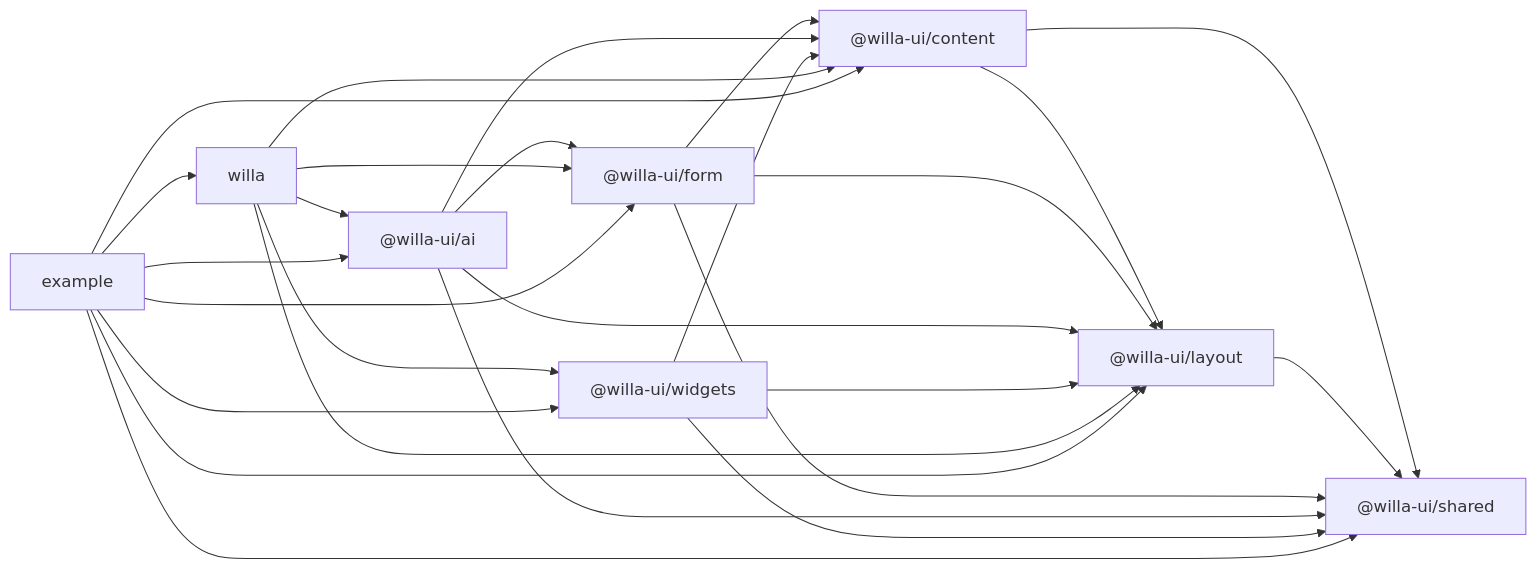
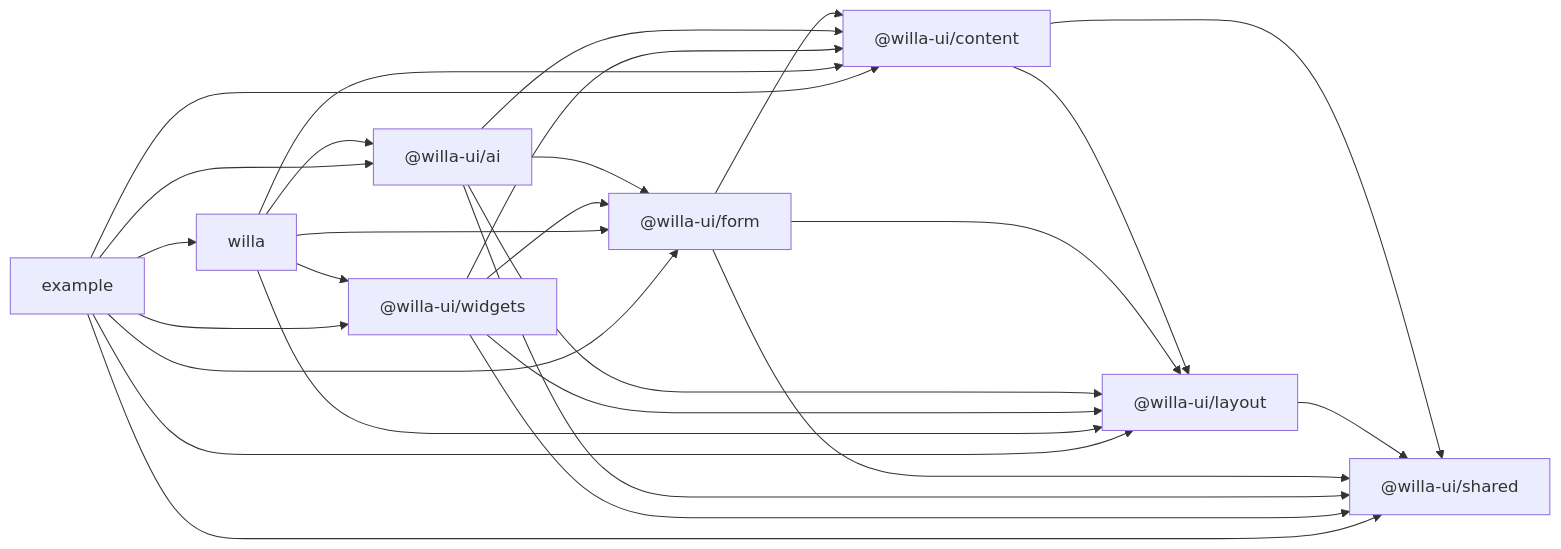
Before and after one commit to imtaotao/willa: the first of 4 diagrams in docs/architecture.md, drawn with Mermaid. The commit also changed other lines of this file and 58 other files, not shown here.

````diff
--- a/docs/architecture.md
+++ b/docs/architecture.md
@@ -154,37 +160,38 @@
 ```mermaid
 flowchart LR
   shared["@willa-ui/shared"]
   layout["@willa-ui/layout"]
   content["@willa-ui/content"]
   form["@willa-ui/form"]
   ai["@willa-ui/ai"]
   widgets["@willa-ui/widgets"]
   willa["willa"]
   example["example"]
 
   content --> shared
   content --> layout
   layout --> shared
   form --> shared
   form --> layout
   form --> content
   ai --> shared
   ai --> layout
   ai --> form
   ai --> content
   widgets --> shared
   widgets --> layout
   widgets --> content
+  widgets --> form
   willa --> layout
   willa --> content
   willa --> form
   willa --> ai
   willa --> widgets
   example --> willa
   example --> layout
   example --> content
   example --> form
   example --> ai
   example --> widgets
   example --> shared
 ```
````
